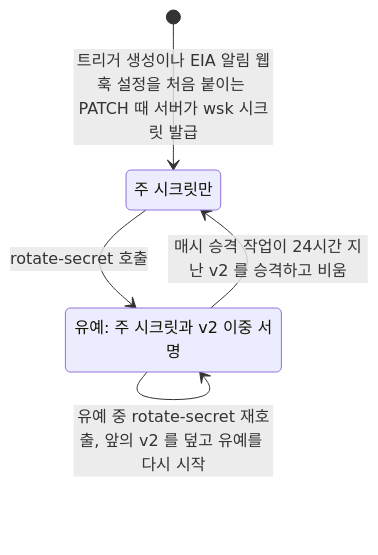
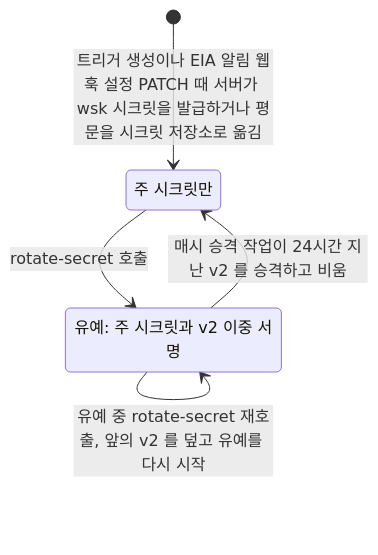
One commit to worker-ants/clemvion changed the seventh of 7 diagrams in spec/CLE-IX/CLE-EIA-DATA.md. Above: the diagram before and after it, drawn with Mermaid. The commit also changed other lines of this file and 32 other files, not shown here.

````diff
--- a/spec/CLE-IX/CLE-EIA-DATA.md
+++ b/spec/CLE-IX/CLE-EIA-DATA.md
@@ -365,9 +409,9 @@
 ```mermaid
 stateDiagram-v2
   state "주 시크릿만" as Primary
   state "유예: 주 시크릿과 v2 이중 서명" as Grace
-  [*] --> Primary: 트리거 생성이나 EIA 알림 웹훅 설정을 처음 붙이는 PATCH 때 서버가 wsk 시크릿 발급
+  [*] --> Primary: 트리거 생성이나 EIA 알림 웹훅 설정 PATCH 때 서버가 wsk 시크릿을 발급하거나 평문을 시크릿 저장소로 옮김
   Primary --> Grace: rotate-secret 호출
   Grace --> Grace: 유예 중 rotate-secret 재호출, 앞의 v2 를 덮고 유예를 다시 시작
   Grace --> Primary: 매시 승격 작업이 24시간 지난 v2 를 승격하고 비움
 ```
````
